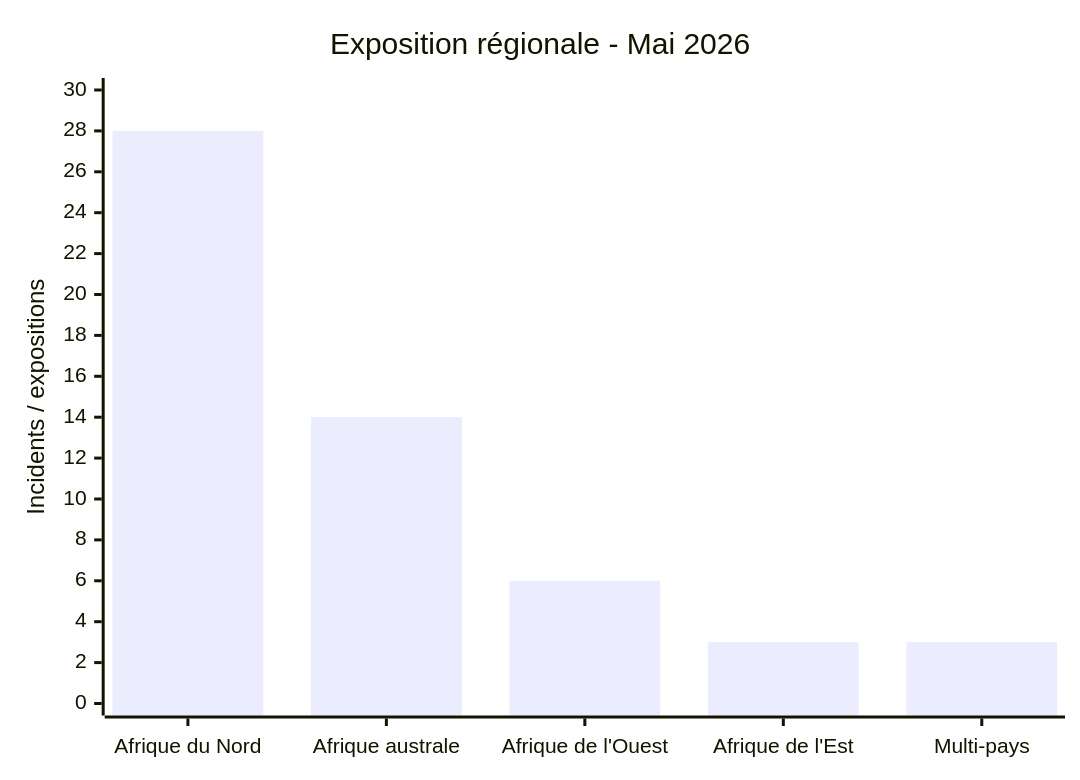
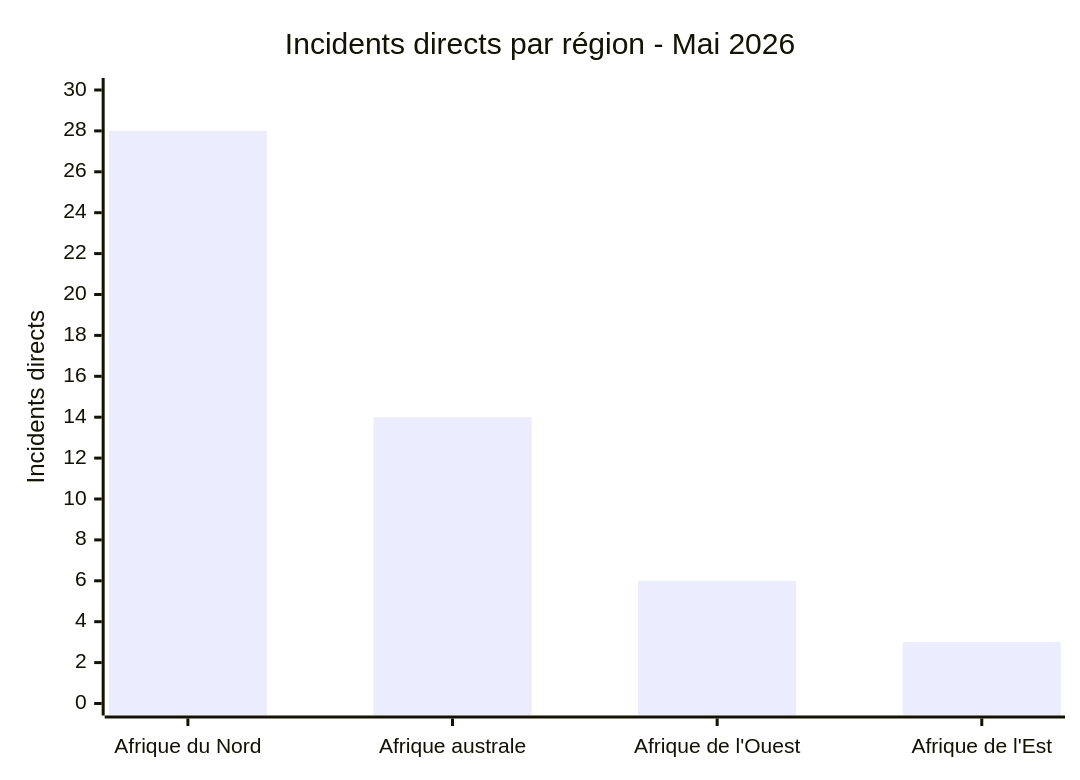
The fifth of 7 diagrams in statistics/2026/05-may/README_FR.md (Hatchepsoute/AFRINTEL), drawn with Mermaid before and after one commit. The commit also changed other lines of this file and 3 other files, not shown here.

````diff
--- a/statistics/2026/05-may/README_FR.md
+++ b/statistics/2026/05-may/README_FR.md
@@ -133,7 +174,7 @@
 ```mermaid
 xychart-beta
-    title "Exposition régionale - Mai 2026"
-    x-axis ["Afrique du Nord","Afrique australe","Afrique de l'Ouest","Afrique de l'Est","Multi-pays"]
-    y-axis "Incidents / expositions" 0 --> 30
-    bar [28,14,6,3,3]
+    title "Incidents directs par région - Mai 2026"
+    x-axis ["Afrique du Nord","Afrique australe","Afrique de l'Ouest","Afrique de l'Est"]
+    y-axis "Incidents directs" 0 --> 30
+    bar [28,14,6,3]
 ```
````
